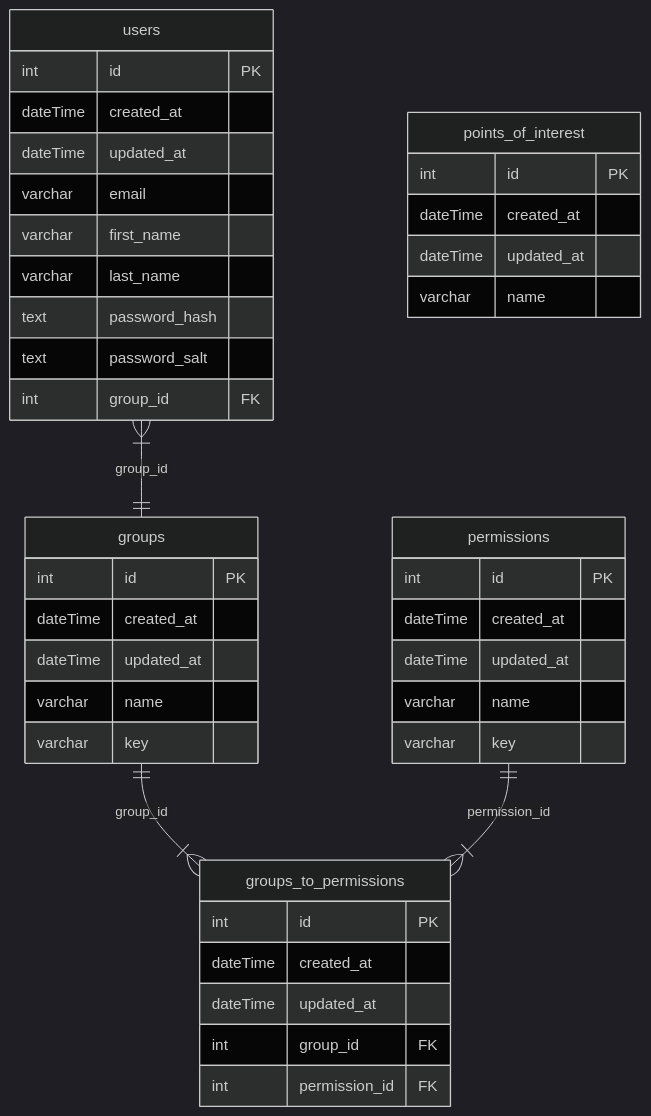
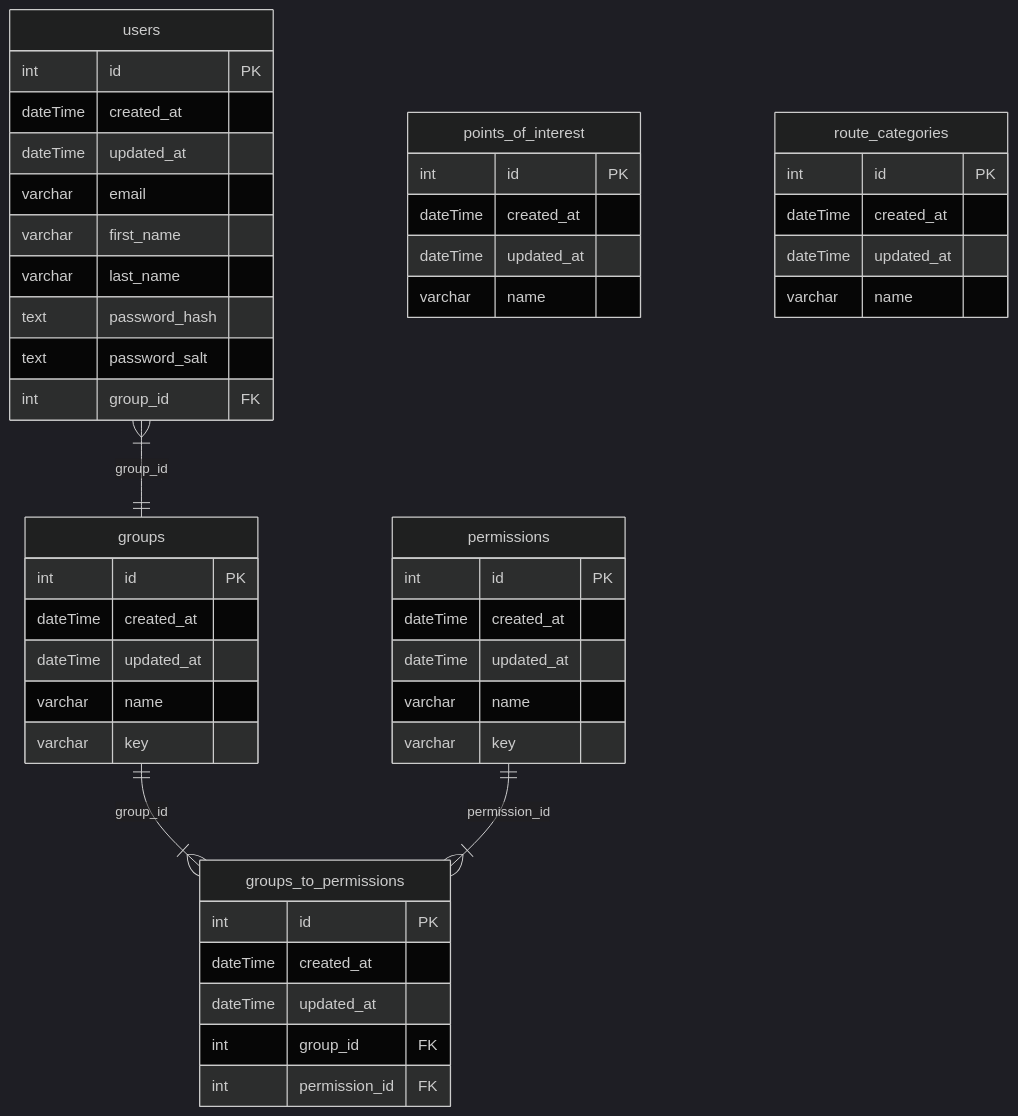
Before and after one commit to h4vefundieyoung/smartscapes: the diagram in readme.md, drawn with Mermaid (dark theme). The commit also changed 26 other files, not shown here.

First line of the commit message:
feat(backend): add route categories module ss-76 (#97)

````diff
--- a/readme.md
+++ b/readme.md
@@ -30,50 +30,57 @@
 ```mermaid
 erDiagram
 
   users {
     int id PK
     dateTime created_at
     dateTime updated_at
     varchar email
     varchar first_name
     varchar last_name
     text password_hash
     text password_salt
     int group_id FK
   }
 
   groups {
     int id PK
     dateTime created_at
     dateTime updated_at
     varchar name
     varchar key
   }
 
  groups_to_permissions {
       int id PK
       dateTime created_at
       dateTime updated_at
       int group_id FK
       int permission_id FK
   }
 
   permissions {
       int id PK
       dateTime created_at
       dateTime updated_at
       varchar name
       varchar key
   }
 
   points_of_interest {
     int id PK
     dateTime created_at
     dateTime updated_at
     varchar name
   }
 
+  route_categories {
+      int id PK
+      dateTime created_at
+      dateTime updated_at
+      varchar name
+  }
+
   users }|--|| groups : group_id
   groups ||--|{ groups_to_permissions : group_id
   permissions ||--|{ groups_to_permissions : permission_id
 ```
````
